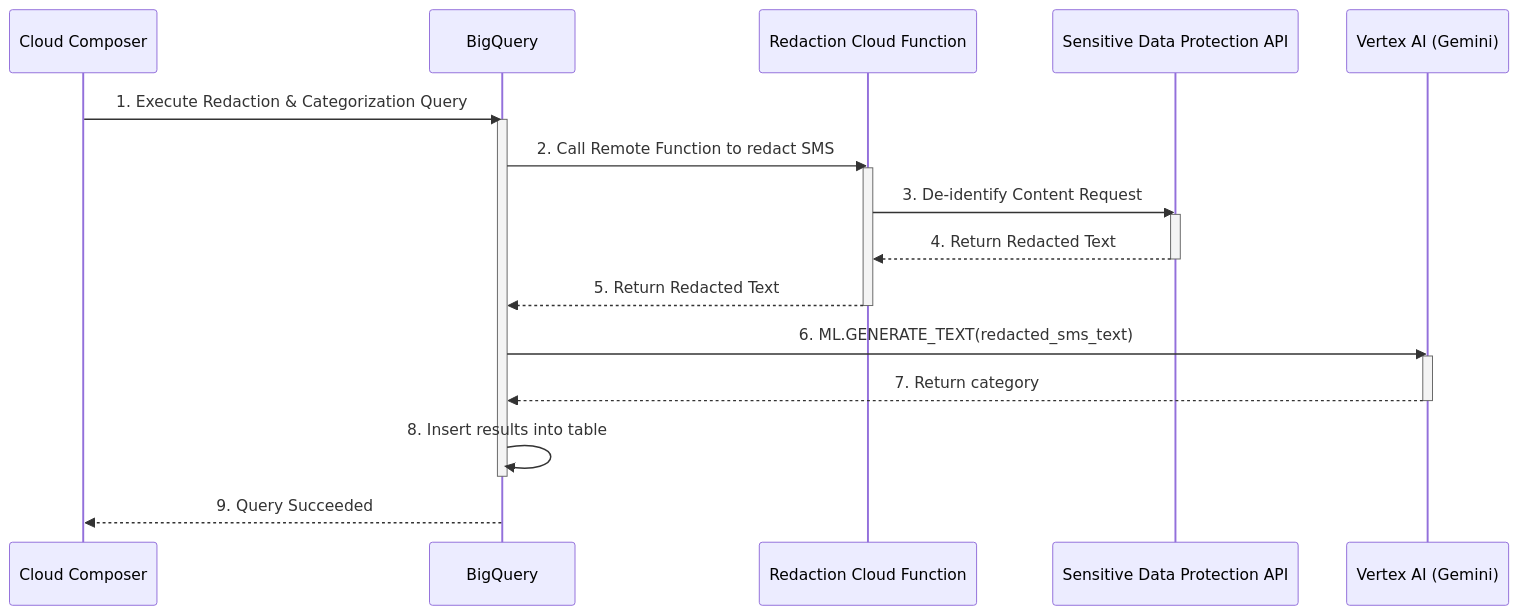
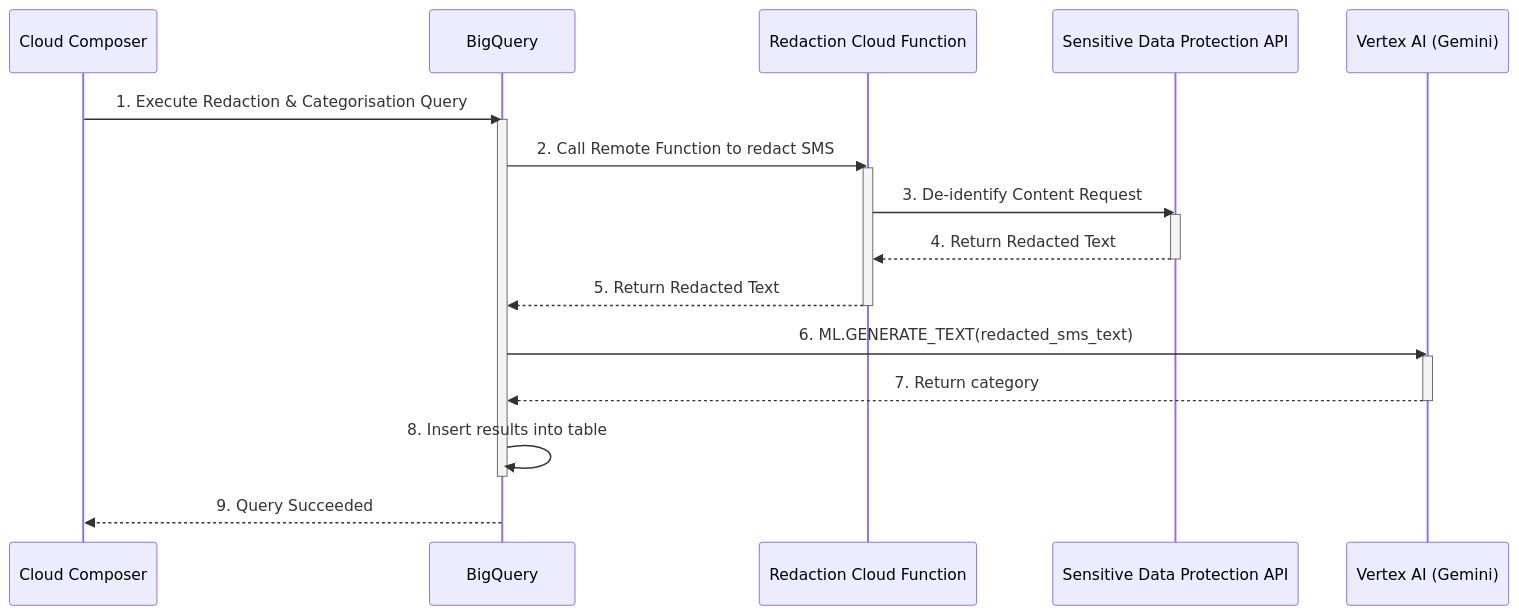
The fourth of 4 diagrams in README.md (sandipdatta/diagrams), drawn with Mermaid before and after one commit. The commit also changed other lines of this file, not shown here.

````diff
--- a/README.md
+++ b/README.md
@@ -132,29 +132,29 @@
 ```mermaid
 sequenceDiagram
     participant C as Cloud Composer
     participant BQ as BigQuery
     participant CF as Redaction Cloud Function
     participant SDP as Sensitive Data Protection API
     participant VAI as Vertex AI (Gemini)
 
-    C->>BQ: 1. Execute Redaction & Categorization Query
+    C->>BQ: 1. Execute Redaction & Categorisation Query
     activate BQ
 
     BQ->>CF: 2. Call Remote Function to redact SMS
     activate CF
     CF->>SDP: 3. De-identify Content Request
     activate SDP
     SDP-->>CF: 4. Return Redacted Text
     deactivate SDP
     CF-->>BQ: 5. Return Redacted Text
     deactivate CF
 
     BQ->>VAI: 6. ML.GENERATE_TEXT(redacted_sms_text)
     activate VAI
     VAI-->>BQ: 7. Return category
     deactivate VAI
 
     BQ->>BQ: 8. Insert results into table
     deactivate BQ
     BQ-->>C: 9. Query Succeeded
 ```
````
